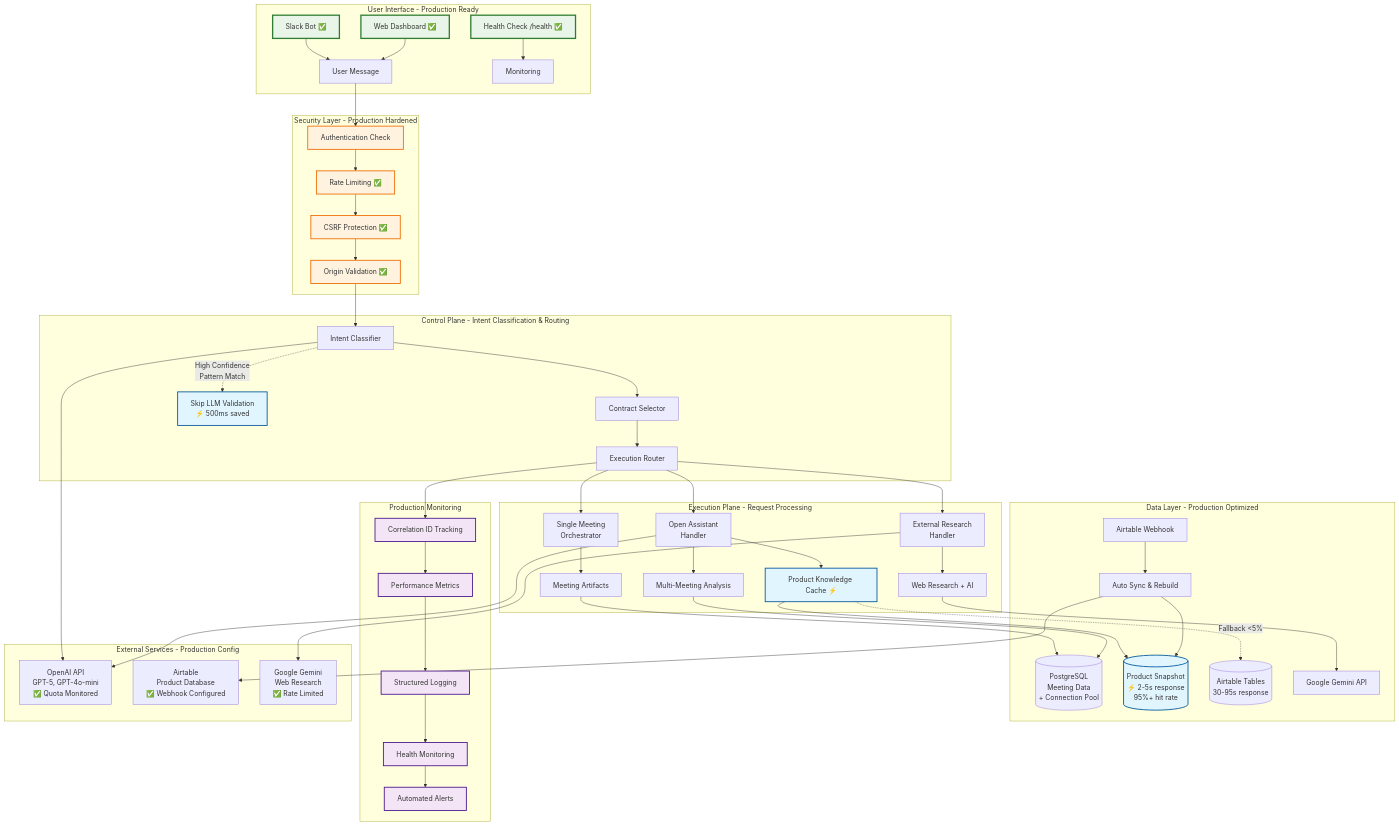
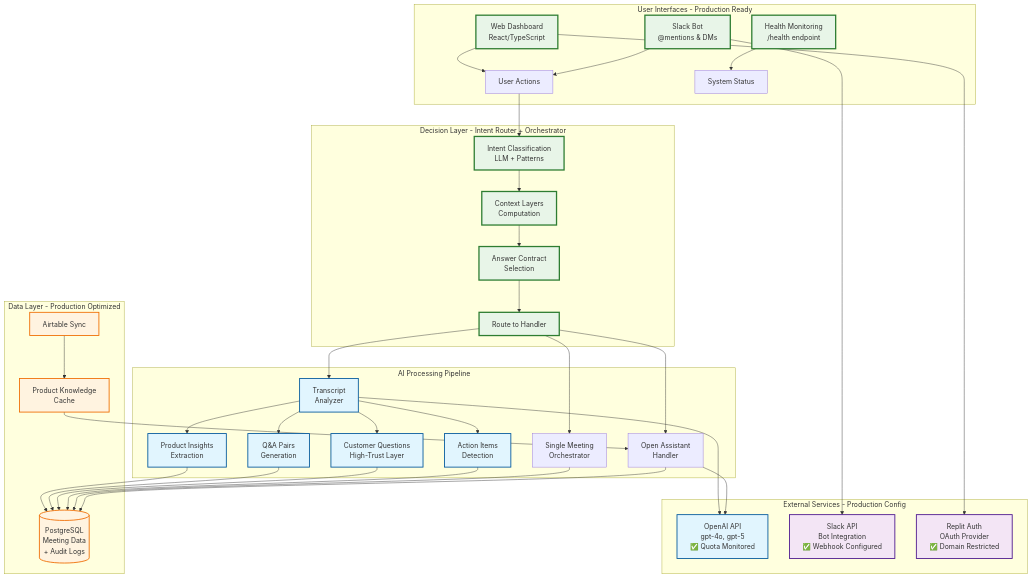
Before and after one commit to Ops-Team-Leverege/Mustard: the first of 8 diagrams in docs/VISUAL_SYSTEM_DIAGRAMS.md, drawn with Mermaid. The commit also changed other lines of this file and 2 other files, not shown here.

First line of the commit message:
Update documentation to reflect actual Decision Layer architecture

````diff
--- a/docs/VISUAL_SYSTEM_DIAGRAMS.md
+++ b/docs/VISUAL_SYSTEM_DIAGRAMS.md
@@ -5,75 +5,60 @@
 ```mermaid
 graph TB
-    subgraph "User Interface - Production Ready"
-        A[Slack Bot ✅] --> B[User Message]
-        C[Web Dashboard ✅] --> B
-        D[Health Check /health ✅] --> E[Monitoring]
+    subgraph "User Interfaces - Production Ready"
+        A[Web Dashboard<br/>React/TypeScript] --> B[User Actions]
+        C[Slack Bot<br/>@mentions & DMs] --> B
+        D[Health Monitoring<br/>/health endpoint] --> E[System Status]
     end
     
-    subgraph "Security Layer - Production Hardened"
-        B --> F[Authentication Check]
-        F --> G[Rate Limiting ✅]
-        G --> H[CSRF Protection ✅]
-        H --> I[Origin Validation ✅]
+    subgraph "Decision Layer - Intent Router + Orchestrator"
+        B --> F[Intent Classification<br/>LLM + Patterns]
+        F --> G[Context Layers<br/>Computation]
+        G --> H[Answer Contract<br/>Selection]
+        H --> I[Route to Handler]
     end
     
-    subgraph "Control Plane - Intent Classification & Routing"
-        I --> J[Intent Classifier]
-        J --> K[Contract Selector]
-        K --> L[Execution Router]
+    subgraph "AI Processing Pipeline"
+        I --> J[Single Meeting<br/>Orchestrator]
+        I --> K[Open Assistant<br/>Handler]
+        I --> L[Transcript<br/>Analyzer]
         
-        J -.->|High Confidence<br/>Pattern Match| M[Skip LLM Validation<br/>⚡ 500ms saved]
-    end
-    
-    subgraph "Execution Plane - Request Processing"
-        L --> N[Single Meeting<br/>Orchestrator]
-        L --> O[Open Assistant<br/>Handler]
-        L --> P[External Research<br/>Handler]
-        
-        N --> Q[Meeting Artifacts]
-        O --> R[Multi-Meeting Analysis]
-        O --> S[Product Knowledge Cache ⚡]
-        P --> T[Web Research + AI]
+        L --> M[Product Insights<br/>Extraction]
+        L --> N[Q&A Pairs<br/>Generation]
+        L --> O[Customer Questions<br/>High-Trust Layer]
+        L --> P[Action Items<br/>Detection]
     end
     
     subgraph "Data Layer - Production Optimized"
-        Q --> U[(PostgreSQL<br/>Meeting Data<br/>+ Connection Pool)]
-        R --> U
-        S --> V[(Product Snapshot<br/>⚡ 2-5s response<br/>95%+ hit rate)]
-        S -.->|Fallback <5%| W[(Airtable Tables<br/>30-95s response)]
-        T --> X[Google Gemini API]
+        M --> Q[(PostgreSQL<br/>Meeting Data<br/>+ Audit Logs)]
+        N --> Q
+        O --> Q
+        P --> Q
         
-        Y[Airtable Webhook] --> Z[Auto Sync & Rebuild]
-        Z --> V
-    end
-    
-    subgraph "Production Monitoring"
-        AA[Correlation ID Tracking] --> BB[Performance Metrics]
-        BB --> CC[Structured Logging]
-        CC --> DD[Health Monitoring]
-        DD --> EE[Automated Alerts]
+        J --> Q
+        K --> Q
+        
+        R[Airtable Sync] --> S[Product Knowledge<br/>Cache]
+        S --> K
     end
     
     subgraph "External Services - Production Config"
-        FF[OpenAI API<br/>GPT-5, GPT-4o-mini<br/>✅ Quota Monitored]
-        GG[Airtable<br/>Product Database<br/>✅ Webhook Configured]
-        HH[Google Gemini<br/>Web Research<br/>✅ Rate Limited]
+        T[OpenAI API<br/>gpt-4o, gpt-5<br/>✅ Quota Monitored]
+        U[Slack API<br/>Bot Integration<br/>✅ Webhook Configured]
+        V[Replit Auth<br/>OAuth Provider<br/>✅ Domain Restricted]
     end
     
-    J --> FF
-    O --> FF
-    Z --> GG
-    P --> HH
-    
-    L --> AA
+    L --> T
+    K --> T
+    C --> U
+    A --> V
     
     classDef production fill:#e8f5e8,stroke:#2e7d32,stroke-width:3px
-    classDef performance fill:#e1f5fe,stroke:#01579b,stroke-width:2px
-    classDef security fill:#fff3e0,stroke:#ef6c00,stroke-width:2px
-    classDef monitoring fill:#f3e5f5,stroke:#4a148c,stroke-width:2px
+    classDef ai fill:#e1f5fe,stroke:#01579b,stroke-width:2px
+    classDef data fill:#fff3e0,stroke:#ef6c00,stroke-width:2px
+    classDef external fill:#f3e5f5,stroke:#4a148c,stroke-width:2px
     
     class A,C,D,F,G,H,I production
-    class M,S,V performance
-    class F,G,H,I security
-    class AA,BB,CC,DD,EE monitoring
+    class L,M,N,O,P,T ai
+    class Q,R,S data
+    class U,V external
 ```
````
